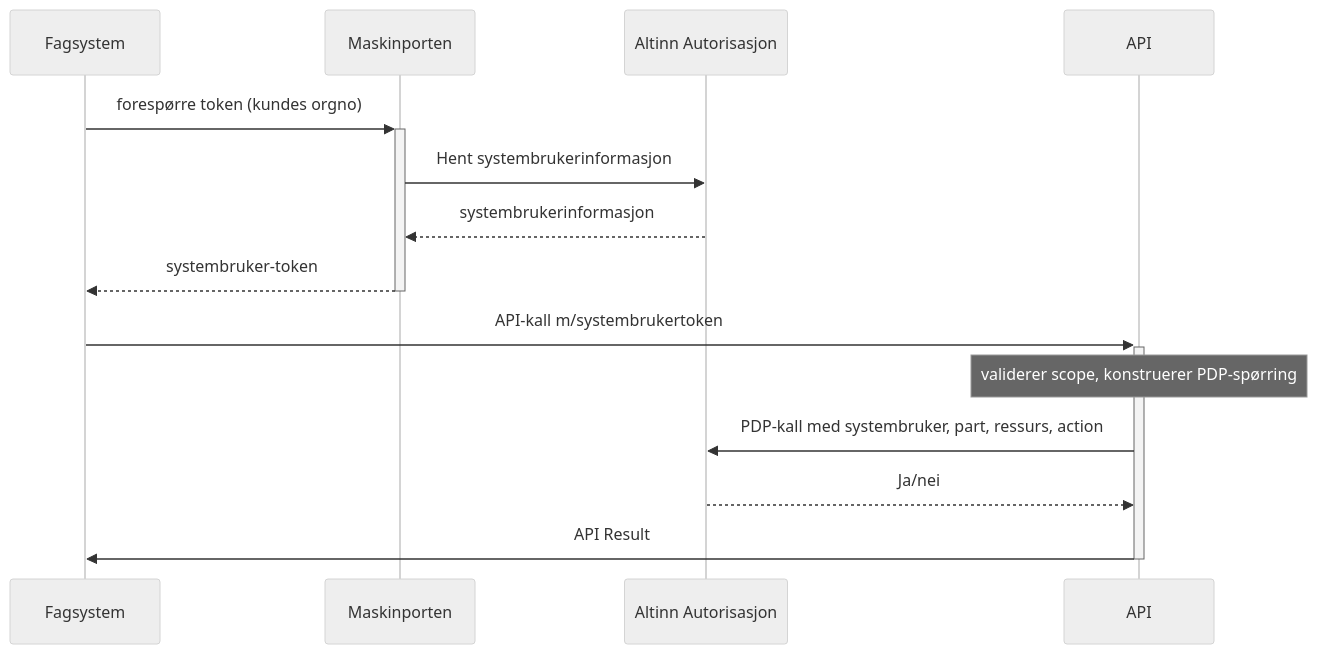
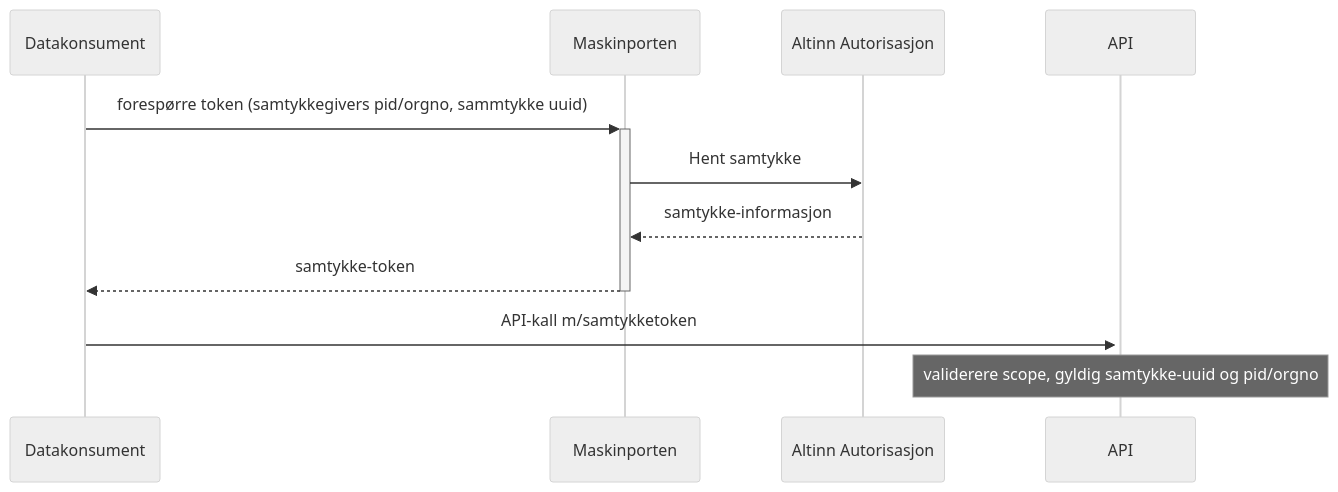
The diagram in _docs/Maskinporten/maskinporten_func_samtykke.md (felleslosninger/docs), drawn with Mermaid (neutral theme) before and after one commit. The commit also changed other lines of this file, not shown here.

Commit message:
oppdatere dokumentasjon for samtykketoken

````diff
--- a/_docs/Maskinporten/maskinporten_func_samtykke.md
+++ b/_docs/Maskinporten/maskinporten_func_samtykke.md
@@ -37,12 +38,9 @@
-<div class="mermaid">
+```mermaid
 sequenceDiagram
-    Fagsystem->>+Maskinporten: forespørre token (kundes orgno)
-    Maskinporten->>Altinn Autorisasjon: Hent systembrukerinformasjon 
-    Altinn Autorisasjon-->>Maskinporten: systembrukerinformasjon
-    Maskinporten-->>-Fagsystem: systembruker-token
-    Fagsystem->>+API: API-kall m/systembrukertoken
-    note over API: validerer scope, konstruerer PDP-spørring
-    API->>Altinn Autorisasjon: PDP-kall med systembruker, part, ressurs, action
-    Altinn Autorisasjon-->>API: Ja/nei
-    API->>-Fagsystem:API Result 
-</div>
+    Datakonsument->>+Maskinporten: forespørre token (samtykkegivers pid/orgno, sammtykke uuid)
+    Maskinporten->>Altinn Autorisasjon: Hent samtykke 
+    Altinn Autorisasjon-->>Maskinporten: samtykke-informasjon
+    Maskinporten-->>-Datakonsument: samtykke-token
+    Datakonsument->>+API: API-kall m/samtykketoken
+    note over API: validerere scope, gyldig samtykke-uuid og pid/orgno
+```
````
